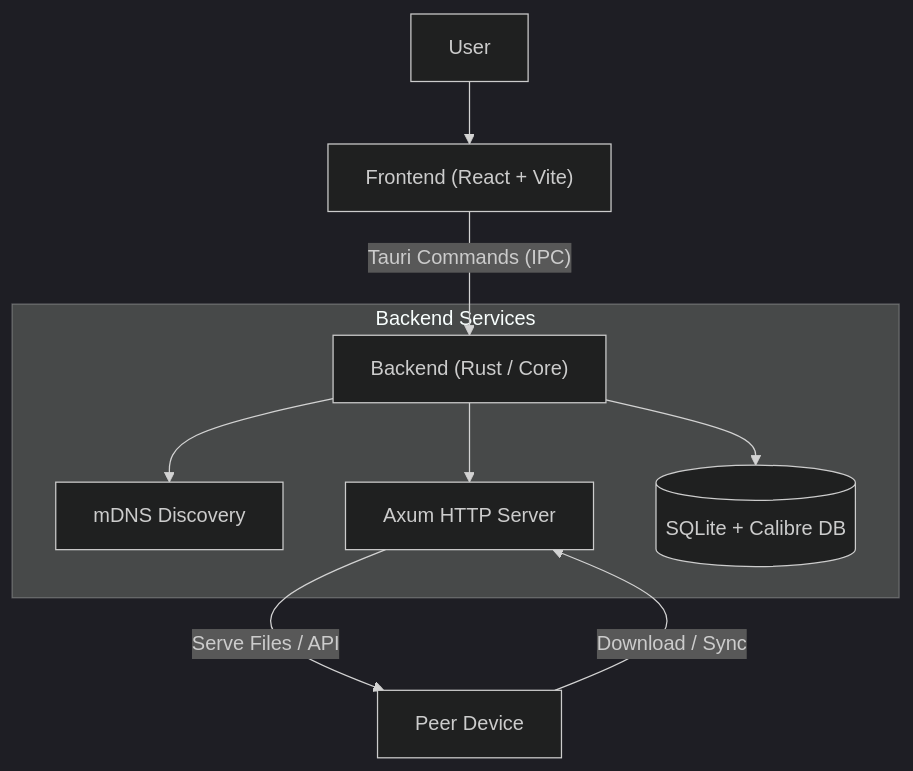
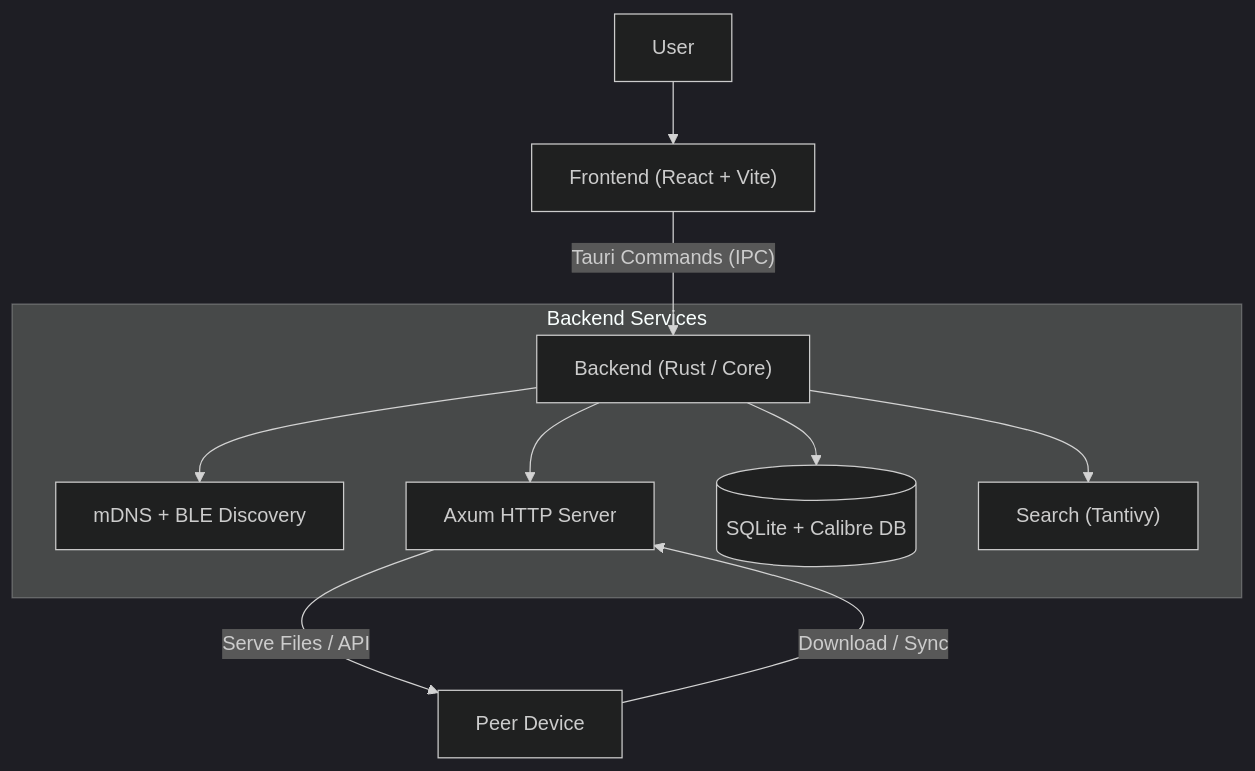
Before and after one commit to jdluu/ShelfSync: the diagram in README.md, drawn with Mermaid (dark theme). The commit also changed other lines of this file and 4 other files, not shown here.

````diff
--- a/README.md
+++ b/README.md
@@ -75,14 +75,15 @@
 ```mermaid
 graph TD
     User[User] --> Frontend["Frontend (React + Vite)"]
     Frontend -- "Tauri Commands (IPC)" --> Backend["Backend (Rust / Core)"]
     
     subgraph "Backend Services"
-        Backend --> Discovery[mDNS Discovery]
+        Backend --> Discovery[mDNS + BLE Discovery]
         Backend --> HTTPServer[Axum HTTP Server]
         Backend --> DB[("SQLite + Calibre DB")]
+        Backend --> Search["Search (Tantivy)"]
     end
     
     HTTPServer -- "Serve Files / API" --> Peer[Peer Device]
     Peer -- "Download / Sync" --> HTTPServer
 ```
````
